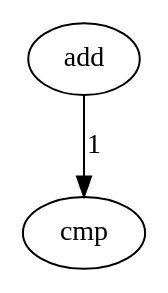
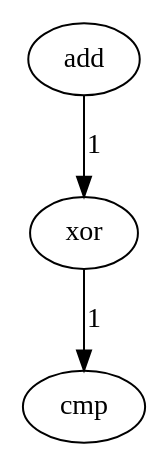
One commit to AirbusCyber/grap changed the diagram in graphes/tests_graphs/test17/test.dot. Above: the diagram before and after it, drawn with Graphviz.

Commit message:
Fixed test pattern for test17

```diff
--- a/graphes/tests_graphs/test17/test.dot
+++ b/graphes/tests_graphs/test17/test.dot
@@ -1,5 +1,7 @@
 Digraph G {
 "A" [label = "add", csymb="add", options="root"]
+"B" [label = "xor", csymb="xor"]
 "C" [label = "cmp", csymb="cmp"]
-"A" -> "C" [label = "1"]
+"A" -> "B" [label = "1"]
+"B" -> "C" [label = "1"]
 }
```
